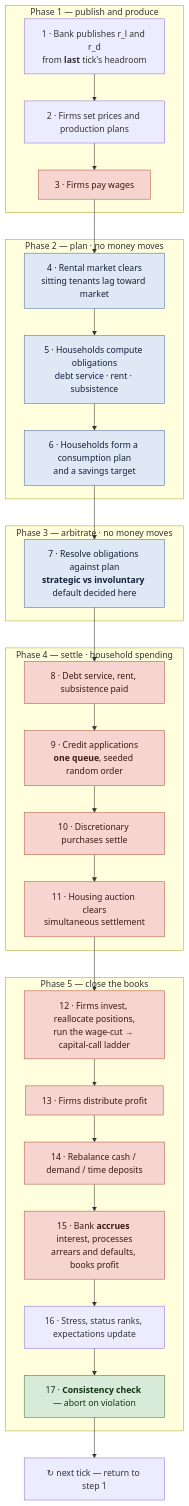
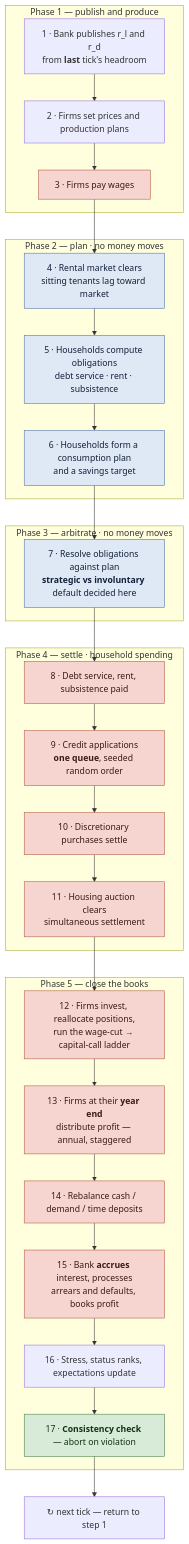
One commit to jherrma/economy-simulation changed the first of 7 diagrams in docs/DIAGRAMS.md. Above: the diagram before and after it, drawn with Mermaid. The commit also changed 12 other files, not shown here.

First line of the commit message:
Annual profit distribution, myopic affordability, and a real depreciation curve

````diff
--- a/docs/DIAGRAMS.md
+++ b/docs/DIAGRAMS.md
@@ -64,46 +64,46 @@
 ```mermaid
 flowchart TD
     subgraph P1["Phase 1 — publish and produce"]
         S1["1 · Bank publishes r_l and r_d<br/>from <b>last</b> tick's headroom"]
         S2["2 · Firms set prices and production plans"]
         S3["3 · Firms pay wages"]
         S1 --> S2 --> S3
     end
     subgraph P2["Phase 2 — plan · no money moves"]
         S4["4 · Rental market clears<br/>sitting tenants lag toward market"]
         S5["5 · Households compute obligations<br/>debt service · rent · subsistence"]
         S6["6 · Households form a consumption plan<br/>and a savings target"]
         S4 --> S5 --> S6
     end
     subgraph P3["Phase 3 — arbitrate · no money moves"]
         S7["7 · Resolve obligations against plan<br/><b>strategic vs involuntary</b> default decided here"]
     end
     subgraph P4["Phase 4 — settle · household spending"]
         S8["8 · Debt service, rent, subsistence paid"]
         S9["9 · Credit applications<br/><b>one queue</b>, seeded random order"]
         S10["10 · Discretionary purchases settle"]
         S11["11 · Housing auction clears<br/>simultaneous settlement"]
         S8 --> S9 --> S10 --> S11
     end
     subgraph P5["Phase 5 — close the books"]
         S12["12 · Firms invest, reallocate positions,<br/>run the wage-cut → capital-call ladder"]
-        S13["13 · Firms distribute profit"]
+        S13["13 · Firms at their <b>year end</b><br/>distribute profit — annual, staggered"]
         S14["14 · Rebalance cash / demand / time deposits"]
         S15["15 · Bank <b>accrues</b> interest, processes<br/>arrears and defaults, books profit"]
         S16["16 · Stress, status ranks, expectations update"]
         S17["17 · <b>Consistency check</b> — abort on violation"]
         S12 --> S13 --> S14 --> S15 --> S16 --> S17
     end
     S3 --> S4
     S6 --> S7
     S7 --> S8
     S11 --> S12
     S17 --> NEXT["↻ next tick — return to step 1"]
 
     classDef moves fill:#f6d5d0,stroke:#b4553f,color:#3a1a12
     classDef quiet fill:#dfe8f5,stroke:#4a6fa5,color:#12203a
     classDef gate  fill:#d8ead8,stroke:#3f7d3f,color:#123312
     class S3,S8,S9,S10,S11,S12,S13,S14,S15 moves
     class S4,S5,S6,S7 quiet
     class S17 gate
 ```
````
